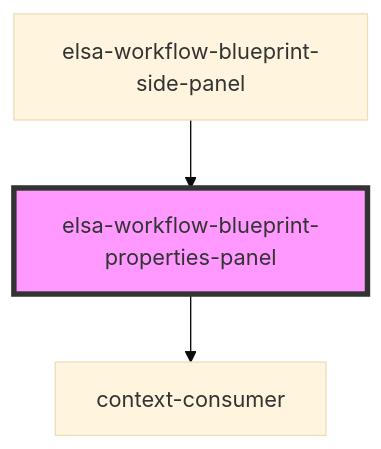
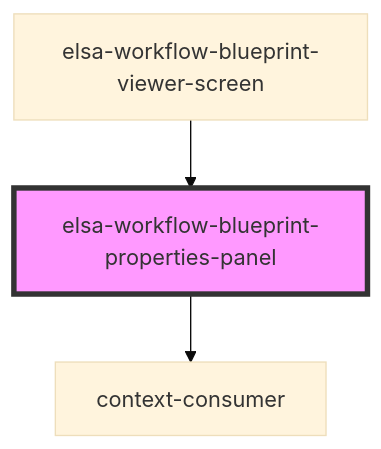
One commit to elsa-workflows/elsa-core changed the diagram in src/designer/elsa-workflows-studio/src/components/screens/workflow-blueprint-viewer/elsa-workflow-blueprint-properties-panel/readme.md. Above: the diagram before and after it, drawn with Mermaid (base theme). The commit also changed other lines of this file and 18 other files, not shown here.

````diff
--- a/src/designer/elsa-workflows-studio/src/components/screens/workflow-blueprint-viewer/elsa-workflow-blueprint-properties-panel/readme.md
+++ b/src/designer/elsa-workflows-studio/src/components/screens/workflow-blueprint-viewer/elsa-workflow-blueprint-properties-panel/readme.md
@@ -29,6 +28,6 @@
 ```mermaid
 graph TD;
   elsa-workflow-blueprint-properties-panel --> context-consumer
-  elsa-workflow-blueprint-side-panel --> elsa-workflow-blueprint-properties-panel
+  elsa-workflow-blueprint-viewer-screen --> elsa-workflow-blueprint-properties-panel
   style elsa-workflow-blueprint-properties-panel fill:#f9f,stroke:#333,stroke-width:4px
 ```
````
